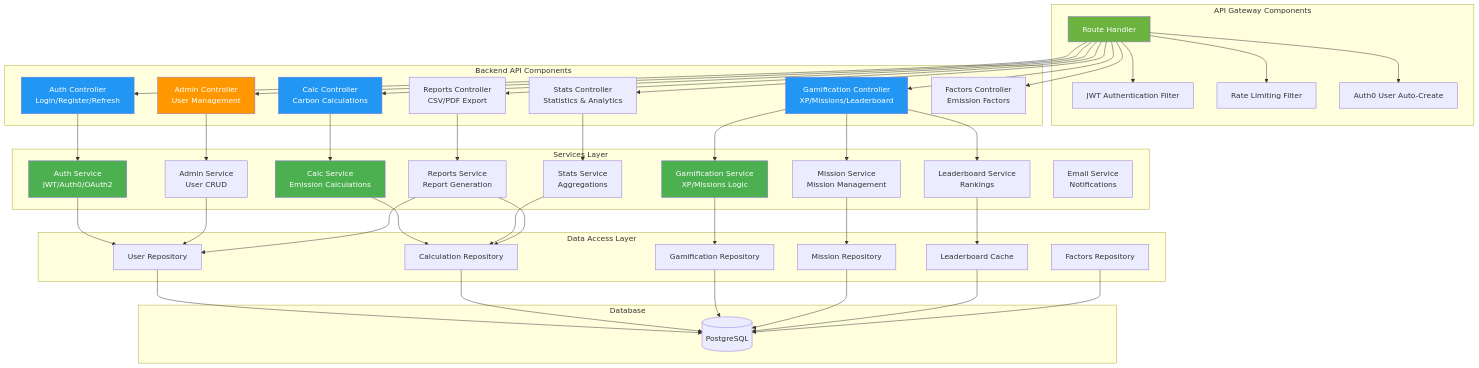
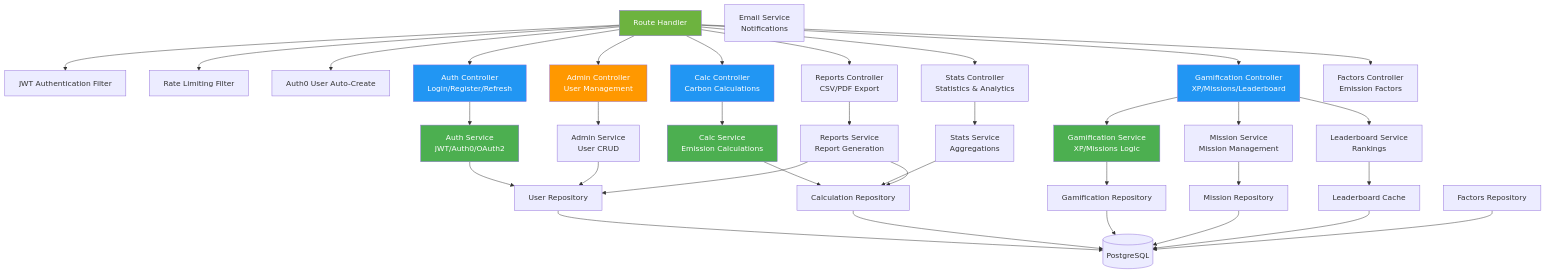
The third of 4 diagrams in README.md (HectorCano1411/ecoestudiante), drawn with Mermaid before and after one commit. The commit also changed other lines of this file, not shown here.

````diff
--- a/README.md
+++ b/README.md
@@ -201,46 +179,32 @@
 ```mermaid
-graph TB
-    subgraph "API Gateway Components"
-        GatewayRouter[Route Handler]
-        JWTFilter[JWT Authentication Filter]
-        RateLimiter[Rate Limiting Filter]
-        Auth0Filter[Auth0 User Auto-Create]
-    end
-    
-    subgraph "Backend API Components"
-        AuthController[Auth Controller<br/>Login/Register/Refresh]
-        CalcController[Calc Controller<br/>Carbon Calculations]
-        StatsController[Stats Controller<br/>Statistics & Analytics]
-        GamificationController[Gamification Controller<br/>XP/Missions/Leaderboard]
-        AdminController[Admin Controller<br/>User Management]
-        ReportsController[Reports Controller<br/>CSV/PDF Export]
-        FactorsController[Factors Controller<br/>Emission Factors]
-    end
-    
-    subgraph "Services Layer"
-        AuthService[Auth Service<br/>JWT/Auth0/OAuth2]
-        CalcService[Calc Service<br/>Emission Calculations]
-        StatsService[Stats Service<br/>Aggregations]
-        GamificationService[Gamification Service<br/>XP/Missions Logic]
-        MissionService[Mission Service<br/>Mission Management]
-        LeaderboardService[Leaderboard Service<br/>Rankings]
-        AdminService[Admin Service<br/>User CRUD]
-        ReportsService[Reports Service<br/>Report Generation]
-        EmailService[Email Service<br/>Notifications]
-    end
-    
-    subgraph "Data Access Layer"
-        UserRepository[User Repository]
-        CalcRepository[Calculation Repository]
-        GamificationRepository[Gamification Repository]
-        MissionRepository[Mission Repository]
-        LeaderboardCacheRepository[Leaderboard Cache]
-        FactorsRepository[Factors Repository]
-    end
-    
-    subgraph "Database"
-        PostgreSQL[(PostgreSQL)]
-    end
+graph TD
+    GatewayRouter[Route Handler]
+    JWTFilter[JWT Authentication Filter]
+    RateLimiter[Rate Limiting Filter]
+    Auth0Filter[Auth0 User Auto-Create]
+    AuthController[Auth Controller<br/>Login/Register/Refresh]
+    CalcController[Calc Controller<br/>Carbon Calculations]
+    StatsController[Stats Controller<br/>Statistics & Analytics]
+    GamificationController[Gamification Controller<br/>XP/Missions/Leaderboard]
+    AdminController[Admin Controller<br/>User Management]
+    ReportsController[Reports Controller<br/>CSV/PDF Export]
+    FactorsController[Factors Controller<br/>Emission Factors]
+    AuthService[Auth Service<br/>JWT/Auth0/OAuth2]
+    CalcService[Calc Service<br/>Emission Calculations]
+    StatsService[Stats Service<br/>Aggregations]
+    GamificationService[Gamification Service<br/>XP/Missions Logic]
+    MissionService[Mission Service<br/>Mission Management]
+    LeaderboardService[Leaderboard Service<br/>Rankings]
+    AdminService[Admin Service<br/>User CRUD]
+    ReportsService[Reports Service<br/>Report Generation]
+    EmailService[Email Service<br/>Notifications]
+    UserRepository[User Repository]
+    CalcRepository[Calculation Repository]
+    GamificationRepository[Gamification Repository]
+    MissionRepository[Mission Repository]
+    LeaderboardCacheRepository[Leaderboard Cache]
+    FactorsRepository[Factors Repository]
+    PostgreSQL[(PostgreSQL)]
     
     GatewayRouter --> JWTFilter
     GatewayRouter --> RateLimiter
````
